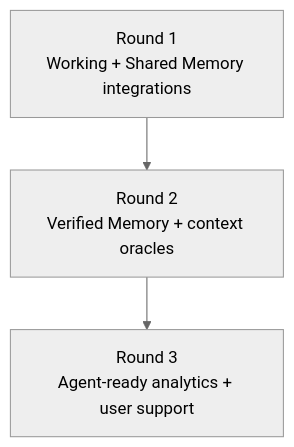
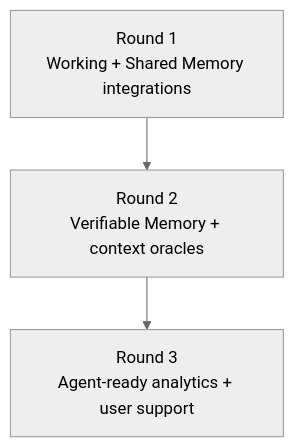
One commit to OriginTrail/dkg changed the diagram in docs/how-dkg-works/roadmap-and-convergence.md. Above: the diagram before and after it, drawn with Mermaid (neutral theme). The commit also changed other lines of this file and 16 other files, not shown here.

First line of the commit message:
docs: align v10 docs with shipped rc.17; standardize on "Verifiable Memory"

````diff
--- a/docs/how-dkg-works/roadmap-and-convergence.md
+++ b/docs/how-dkg-works/roadmap-and-convergence.md
@@ -49,5 +49,5 @@
 ```mermaid
 flowchart TB
-  R1["Round 1<br/>Working + Shared Memory integrations"] --> R2["Round 2<br/>Verified Memory + context oracles"]
+  R1["Round 1<br/>Working + Shared Memory integrations"] --> R2["Round 2<br/>Verifiable Memory + context oracles"]
   R2 --> R3["Round 3<br/>Agent-ready analytics + user support"]
 ```
````
